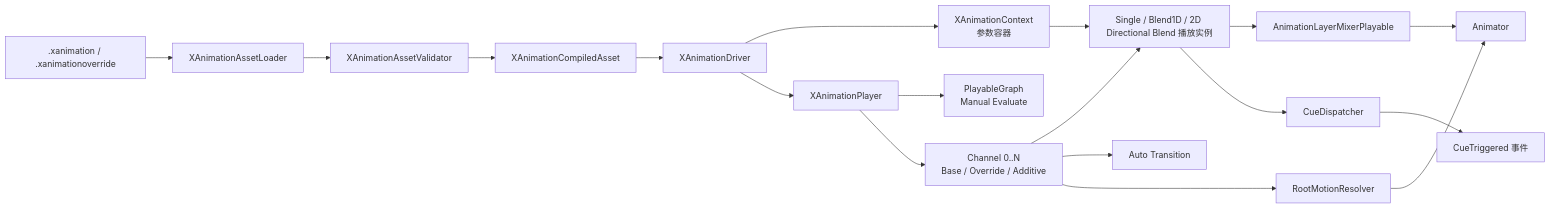
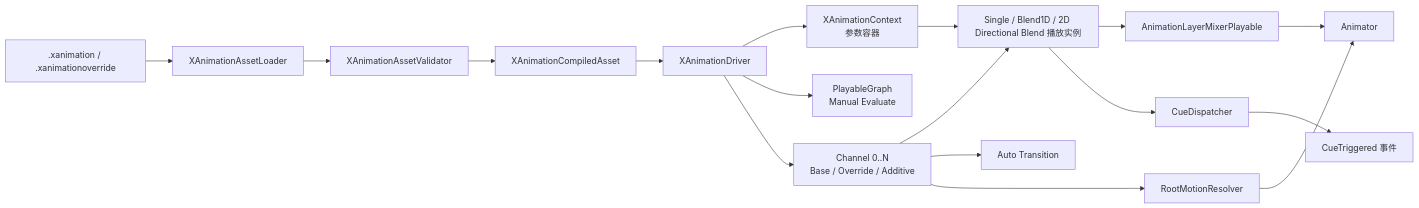
One commit to xdedzl/XFramework changed the first of 2 diagrams in XAnimation/Doc/XAnimation.md. Above: the diagram before and after it, drawn with Mermaid. The commit also changed other lines of this file and 10 other files, not shown here.

````diff
--- a/XAnimation/Doc/XAnimation.md
+++ b/XAnimation/Doc/XAnimation.md
@@ -28,25 +28,23 @@
 ```mermaid
 flowchart LR
     A[".xanimation / .xanimationoverride"] --> B["XAnimationAssetLoader"]
     B --> C["XAnimationAssetValidator"]
     C --> D["XAnimationCompiledAsset"]
 
     D --> E["XAnimationDriver"]
     E --> F["XAnimationContext<br/>参数容器"]
-    E --> G["XAnimationPlayer"]
-
-    G --> H["PlayableGraph<br/>Manual Evaluate"]
-    G --> I["Channel 0..N<br/>Base / Override / Additive"]
+    E --> H["PlayableGraph<br/>Manual Evaluate"]
+    E --> I["Channel 0..N<br/>Base / Override / Additive"]
     I --> J["Single / Blend1D / 2D Directional Blend 播放实例"]
 
     F --> J
     J --> K["AnimationLayerMixerPlayable"]
     K --> L["Animator"]
 
     J --> M["CueDispatcher"]
     I --> N["Auto Transition"]
     I --> O["RootMotionResolver"]
 
     M --> P["CueTriggered 事件"]
     O --> L
 ```
````
